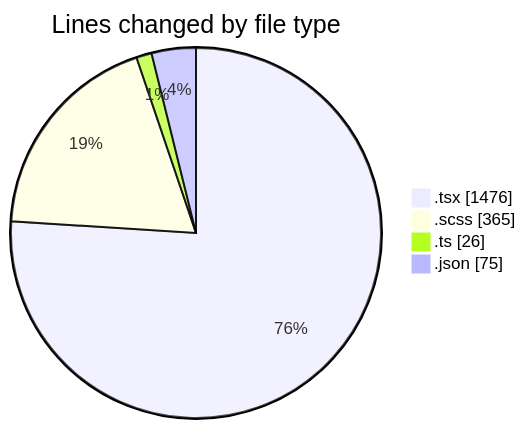
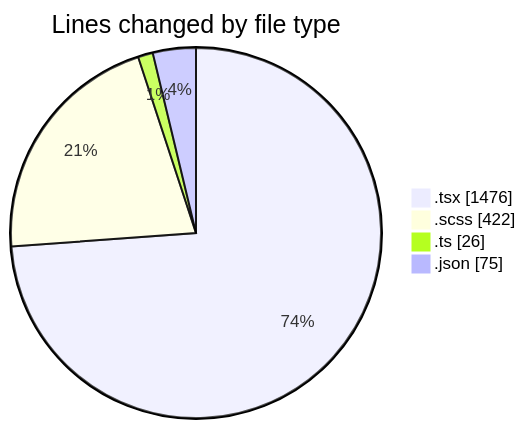
One commit to momahboobian/code-tracking changed the first of 2 diagrams in 2025-04-09/cda/README.md. Above: the diagram before and after it, drawn with Mermaid. The commit also changed other lines of this file and 1 other file, not shown here.

````diff
--- a/2025-04-09/cda/README.md
+++ b/2025-04-09/cda/README.md
@@ -27,8 +29,8 @@
 ```mermaid
 pie showData
 title Lines changed by file type
 ".tsx" : 1476
-".scss" : 365
+".scss" : 422
 ".ts" : 26
 ".json" : 75
 ```
````
